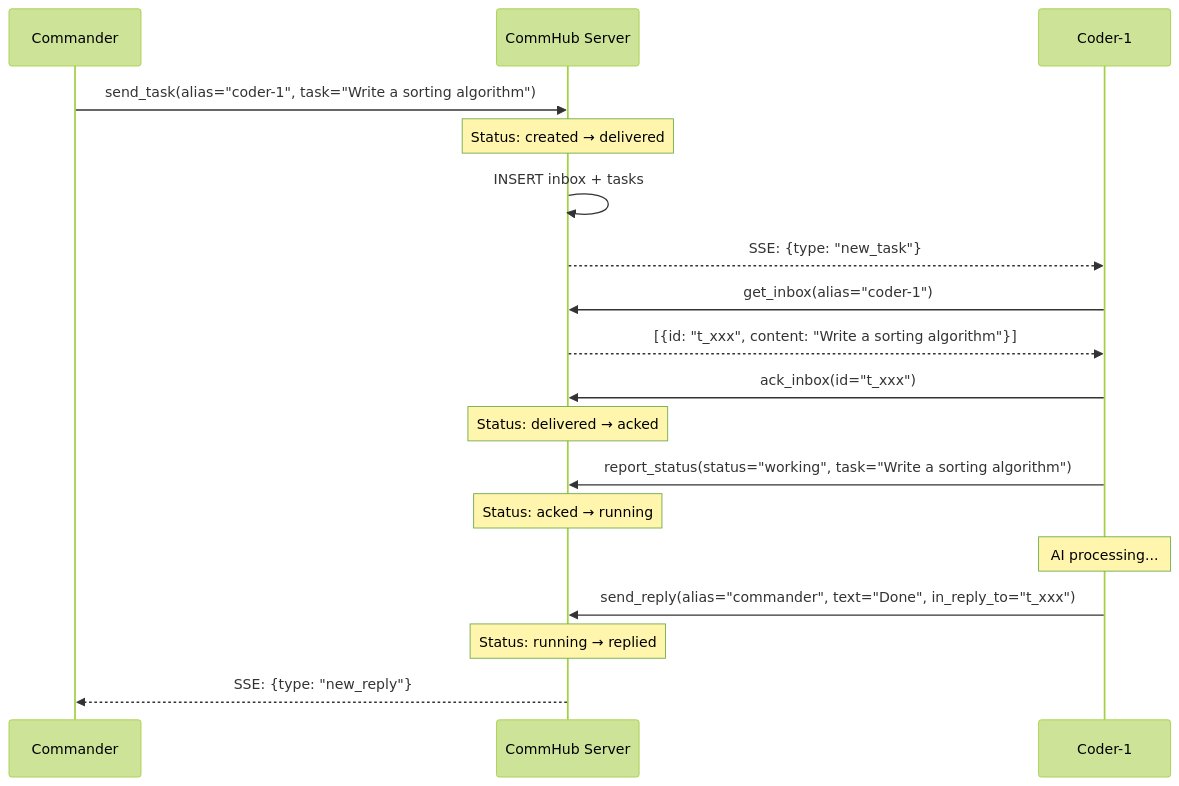
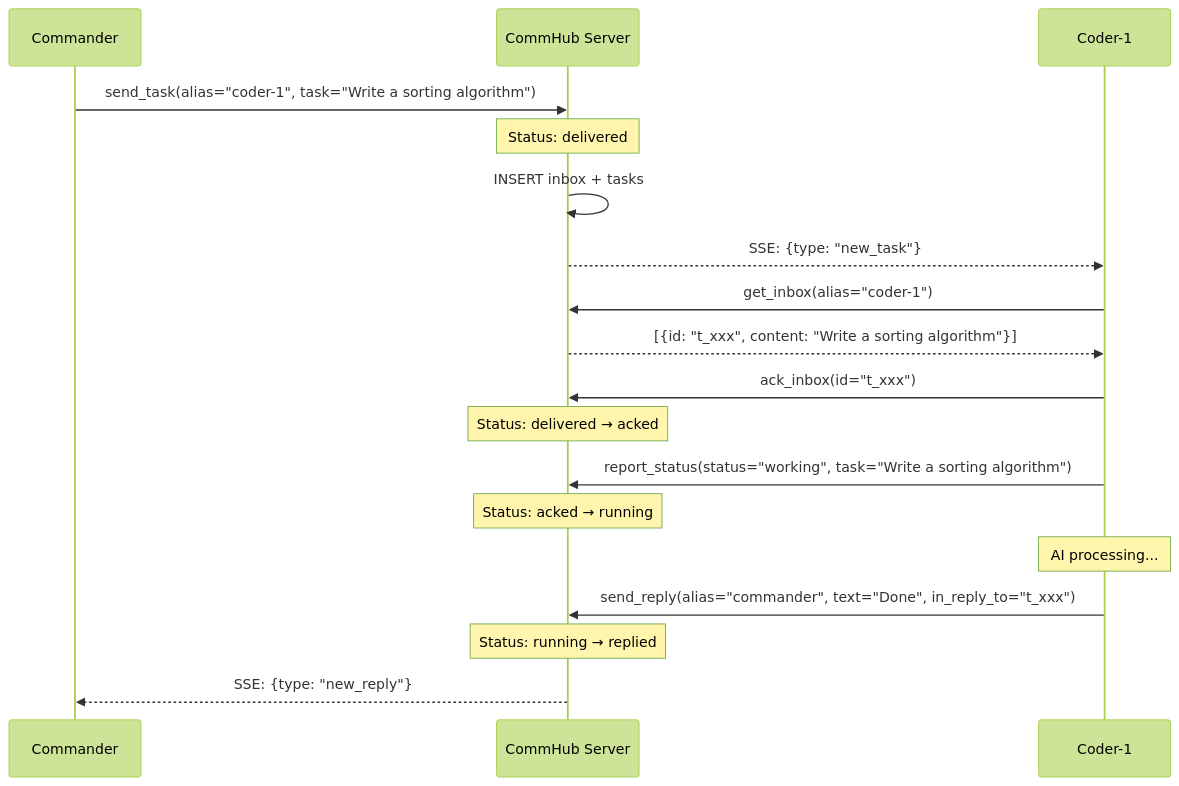
The second of 5 diagrams in docs-site/docs/en/concepts/task-lifecycle.md (sleep2agi/agent-network), drawn with Mermaid (forest theme) before and after one commit. The commit also changed other lines of this file and 7 other files, not shown here.

````diff
--- a/docs-site/docs/en/concepts/task-lifecycle.md
+++ b/docs-site/docs/en/concepts/task-lifecycle.md
@@ -77,27 +66,27 @@
 ```mermaid
 sequenceDiagram
     participant H as Commander
     participant S as CommHub Server
     participant A as Coder-1
 
     H->>S: send_task(alias="coder-1", task="Write a sorting algorithm")
-    Note over S: Status: created → delivered
+    Note over S: Status: delivered
     S->>S: INSERT inbox + tasks
     S-->>A: SSE: {type: "new_task"}
 
     A->>S: get_inbox(alias="coder-1")
     S-->>A: [{id: "t_xxx", content: "Write a sorting algorithm"}]
 
     A->>S: ack_inbox(id="t_xxx")
     Note over S: Status: delivered → acked
 
     A->>S: report_status(status="working", task="Write a sorting algorithm")
     Note over S: Status: acked → running
 
     Note over A: AI processing...
 
     A->>S: send_reply(alias="commander", text="Done", in_reply_to="t_xxx")
     Note over S: Status: running → replied
 
     S-->>H: SSE: {type: "new_reply"}
 ```
````
